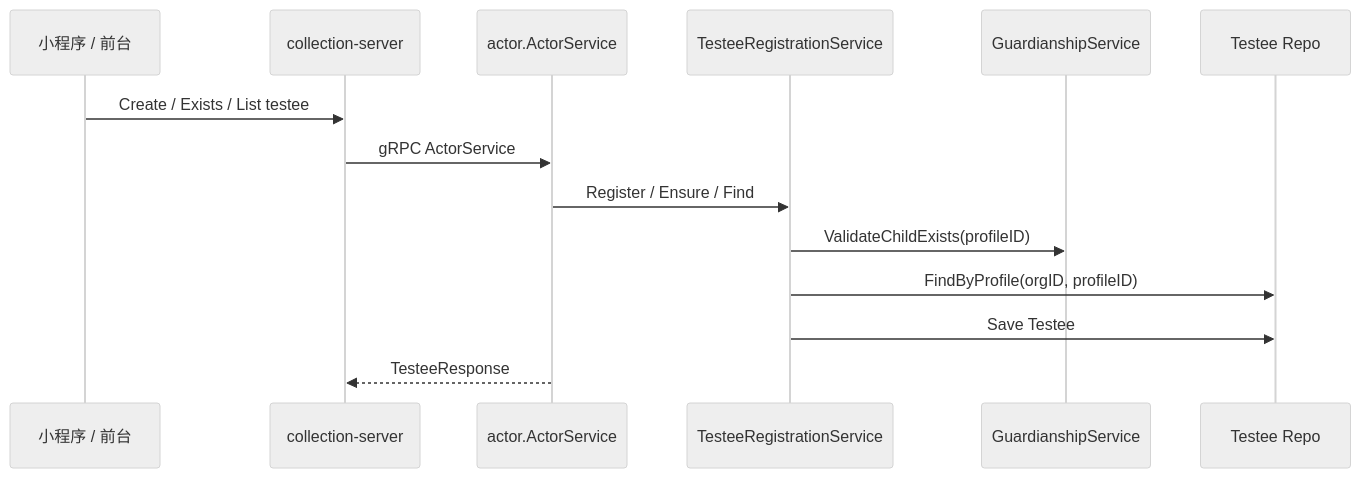
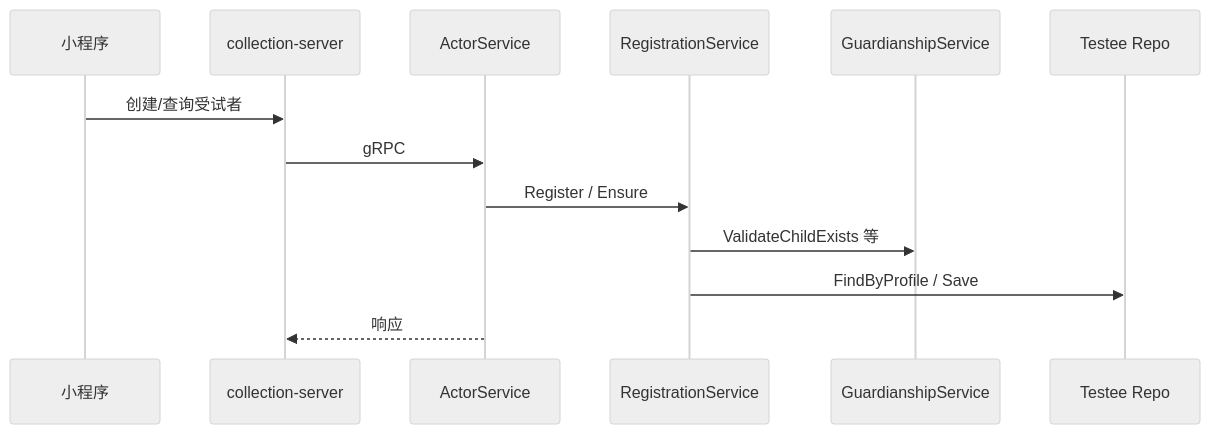
Before and after one commit to FangcunMount/qs-server: the fifth of 5 diagrams in docs/02-业务模块/05-actor.md, drawn with Mermaid (neutral theme). The commit also changed other lines of this file and 34 other files, not shown here.

````diff
--- a/docs/02-业务模块/05-actor.md
+++ b/docs/02-业务模块/05-actor.md
@@ -218,17 +314,16 @@
 ```mermaid
 sequenceDiagram
-    participant Client as 小程序 / 前台
-    participant Collection as collection-server
-    participant ActorGRPC as actor.ActorService
-    participant Register as TesteeRegistrationService
+    participant Client as 小程序
+    participant Col as collection-server
+    participant GRPC as ActorService
+    participant Reg as RegistrationService
     participant IAM as GuardianshipService
     participant Repo as Testee Repo
 
-    Client->>Collection: Create / Exists / List testee
-    Collection->>ActorGRPC: gRPC ActorService
-    ActorGRPC->>Register: Register / Ensure / Find
-    Register->>IAM: ValidateChildExists(profileID)
-    Register->>Repo: FindByProfile(orgID, profileID)
-    Register->>Repo: Save Testee
-    ActorGRPC-->>Collection: TesteeResponse
+    Client->>Col: 创建/查询受试者
+    Col->>GRPC: gRPC
+    GRPC->>Reg: Register / Ensure
+    Reg->>IAM: ValidateChildExists 等
+    Reg->>Repo: FindByProfile / Save
+    GRPC-->>Col: 响应
 ```
````
